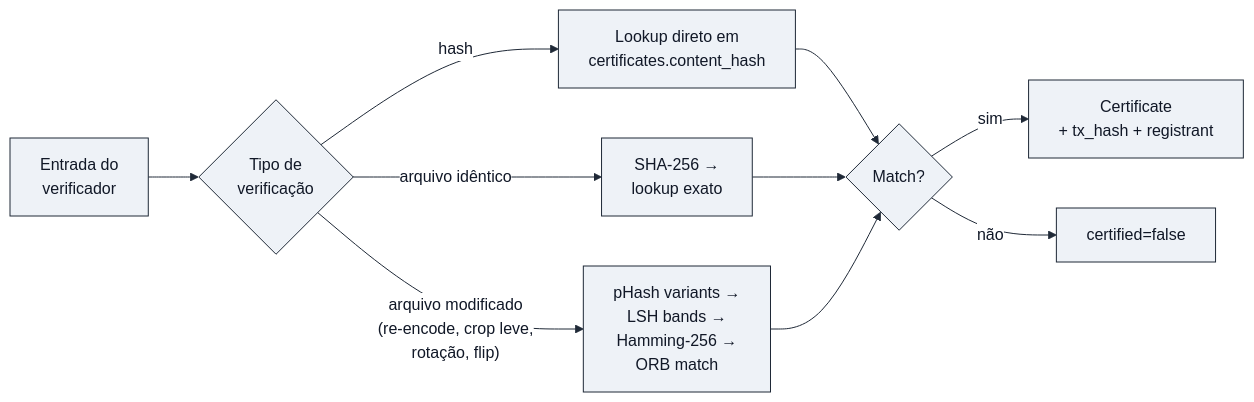
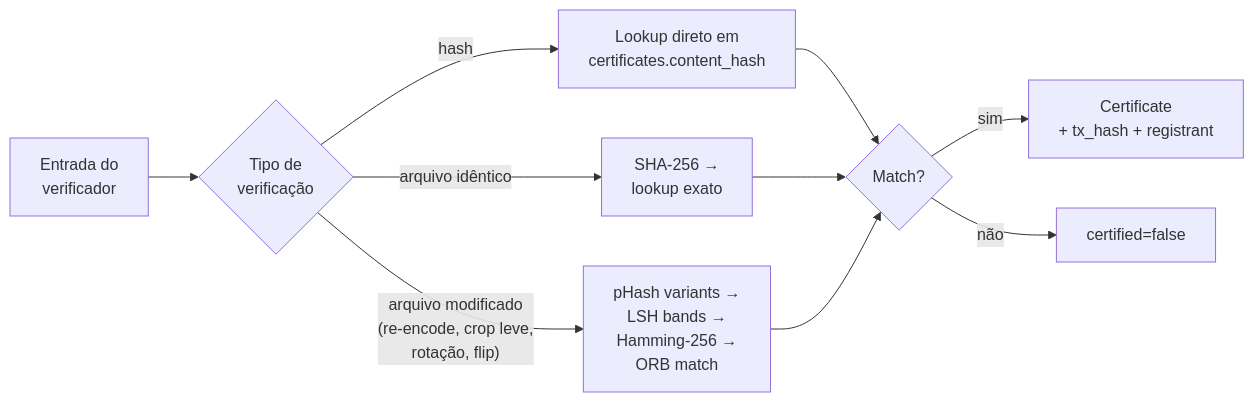
Before and after one commit to waizbart/aletheia-api: the third of 3 diagrams in docs/USAGE_FLOW.md, drawn with Mermaid. The commit also changed other lines of this file and 2 other files, not shown here.

First line of the commit message:
docs: let GitHub auto-theme mermaid diagrams

````diff
--- a/docs/USAGE_FLOW.md
+++ b/docs/USAGE_FLOW.md
@@ -62,16 +60,15 @@
 ```mermaid
-%%{init: {'theme':'base','themeVariables':{'background':'#ffffff','primaryColor':'#eef2f7','primaryBorderColor':'#1f2937','primaryTextColor':'#111827','lineColor':'#1f2937','textColor':'#111827','actorBkg':'#eef2f7','actorBorder':'#1f2937','actorTextColor':'#111827','actorLineColor':'#94a3b8','signalColor':'#1f2937','signalTextColor':'#111827','labelBoxBkgColor':'#fef3c7','labelBoxBorderColor':'#1f2937','labelTextColor':'#111827','loopTextColor':'#111827','noteBorderColor':'#b45309','noteBkgColor':'#fef3c7','noteTextColor':'#111827','activationBorderColor':'#1f2937','activationBkgColor':'#d1d5db','sequenceNumberColor':'#ffffff','edgeLabelBackground':'#ffffff'}}}%%
 flowchart LR
     IN["Entrada do<br/>verificador"] --> MODE{Tipo de<br/>verificação}
 
     MODE -- "hash" --> M1["Lookup direto em<br/>certificates.content_hash"]
     MODE -- "arquivo idêntico" --> M2["SHA-256 →<br/>lookup exato"]
     MODE -- "arquivo modificado<br/>(re-encode, crop leve,<br/>rotação, flip)" --> M3["pHash variants →<br/>LSH bands →<br/>Hamming-256 →<br/>ORB match"]
 
     M1 --> OUT{Match?}
     M2 --> OUT
     M3 --> OUT
 
     OUT -- sim --> R1["Certificate<br/>+ tx_hash + registrant"]
     OUT -- não --> R2["certified=false"]
 ```
````
